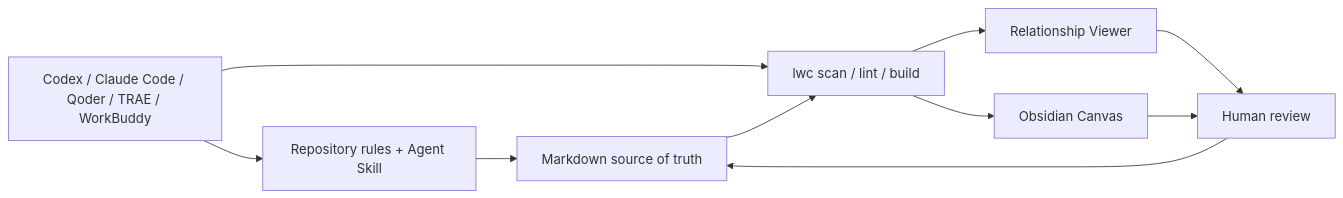
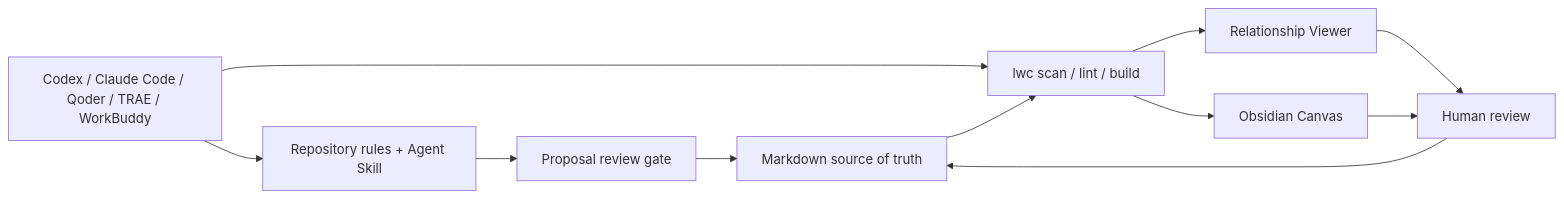
One commit to chicogong/llm-wiki-canvas changed the diagram in docs/ai-agents.md. Above: the diagram before and after it, drawn with Mermaid. The commit also changed other lines of this file and 21 other files, not shown here.

````diff
--- a/docs/ai-agents.md
+++ b/docs/ai-agents.md
@@ -7,12 +7,13 @@
 ```mermaid
 flowchart LR
   A["Codex / Claude Code / Qoder / TRAE / WorkBuddy"] --> R["Repository rules + Agent Skill"]
-  R --> M["Markdown source of truth"]
+  R --> P["Proposal review gate"]
+  P --> M["Markdown source of truth"]
   A --> C["lwc scan / lint / build"]
   M --> C
   C --> G["Relationship Viewer"]
   C --> O["Obsidian Canvas"]
   G --> H["Human review"]
   O --> H
   H --> M
 ```
````
